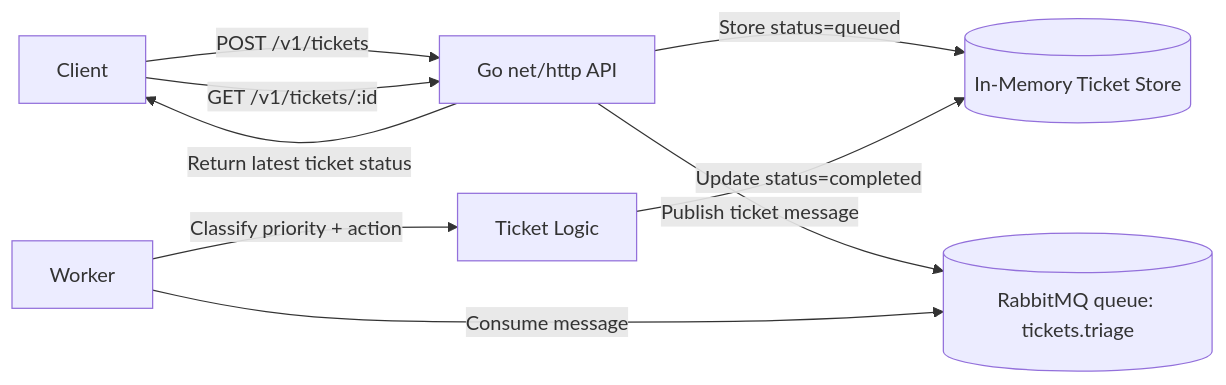
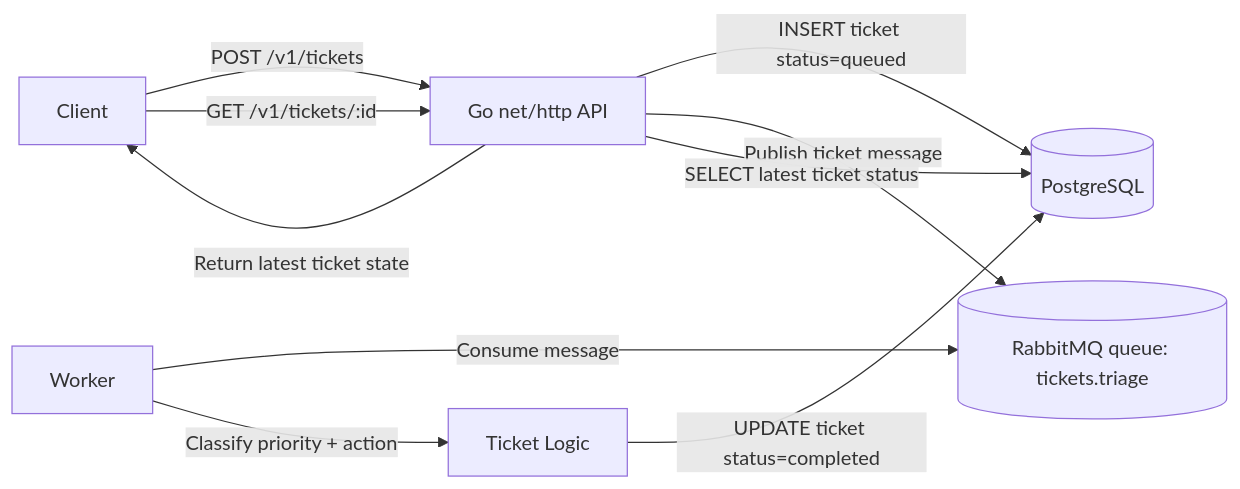
The diagram in README.md (sandeepkv93/rabbitamq-queuecraft), drawn with Mermaid before and after one commit. The commit also changed other lines of this file and 9 other files, not shown here.

````diff
--- a/README.md
+++ b/README.md
@@ -11,11 +12,12 @@
 ```mermaid
 flowchart LR
     C[Client] -->|POST /v1/tickets| API[Go net/http API]
-    API -->|Store status=queued| S[(In-Memory Ticket Store)]
+    API -->|INSERT ticket status=queued| DB[(PostgreSQL)]
     API -->|Publish ticket message| Q[(RabbitMQ queue: tickets.triage)]
     W[Worker] -->|Consume message| Q
     W -->|Classify priority + action| L[Ticket Logic]
-    L -->|Update status=completed| S
+    L -->|UPDATE ticket status=completed| DB
     C -->|GET /v1/tickets/:id| API
-    API -->|Return latest ticket status| C
+    API -->|SELECT latest ticket status| DB
+    API -->|Return latest ticket state| C
 ```
````
